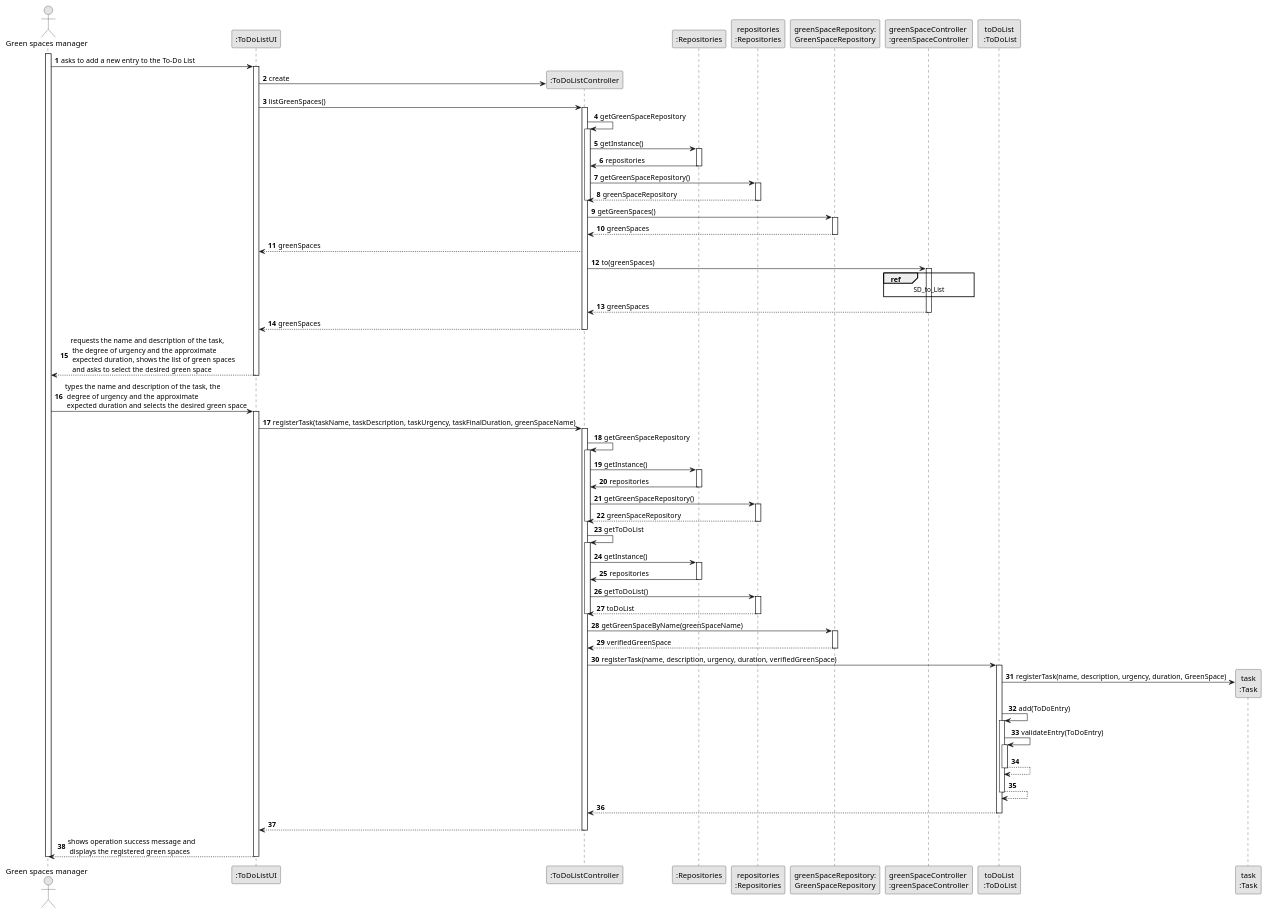
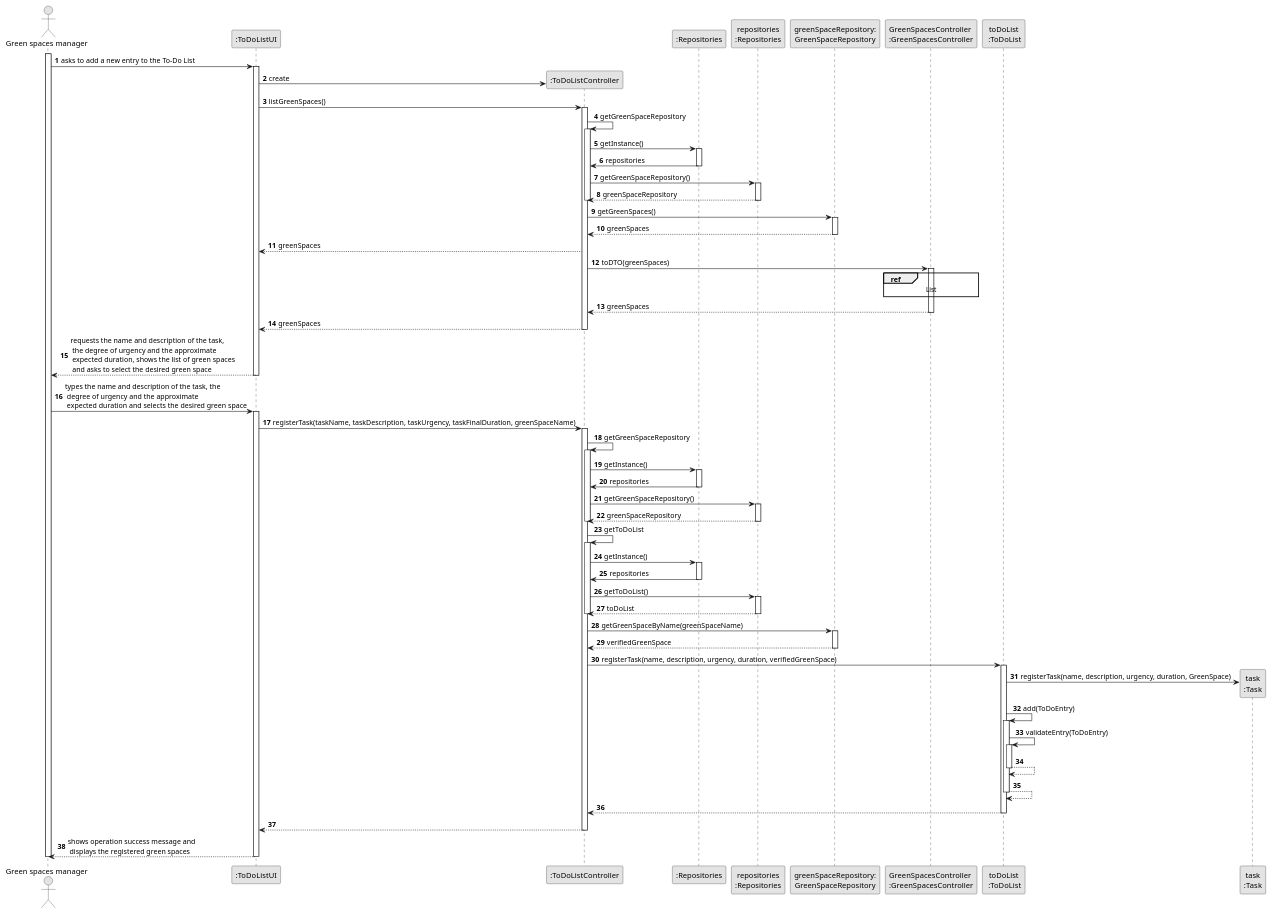
Before and after one commit to Departamento-de-Engenharia-Informatica/lei-24-s2-1dl-g121: the diagram in docs/sprintC/us021/03.design/puml/us021-sequence-diagram-full.puml, drawn with PlantUML. The commit also changed 4 other files, not shown here.

```diff
--- a/docs/sprintC/us021/03.design/puml/us021-sequence-diagram-full.puml
+++ b/docs/sprintC/us021/03.design/puml/us021-sequence-diagram-full.puml
@@ -1,144 +1,144 @@
 @startuml
 skinparam monochrome true
 skinparam packageStyle rectangle
 skinparam shadowing false
 
 autonumber
 
 'hide footbox
 actor "Green spaces manager" as ADM
 participant ":ToDoListUI" as UI
 participant ":ToDoListController" as CTRL
 participant ":Repositories" as RepositorySingleton
 participant "repositories\n:Repositories" as PLAT
 participant "greenSpaceRepository:\nGreenSpaceRepository" as GreenSpaceRepository
-participant "greenSpaceController \n:greenSpaceController" as Mapper
+participant "GreenSpacesController \n:GreenSpacesController" as Controller
 participant "toDoList\n :ToDoList" as ToDoList
 participant "task\n:Task" as Task
 
 
 activate ADM
 
     ADM -> UI : asks to add a new entry to the To-Do List
 
         activate UI
 
         UI -> CTRL** : create
         UI ->CTRL: listGreenSpaces()
                 activate CTRL
 
                 CTRL -> CTRL: getGreenSpaceRepository
                 activate CTRL
 
 
 
                  CTRL -> RepositorySingleton : getInstance()
                                         activate RepositorySingleton
 
                                         RepositorySingleton -> CTRL : repositories
                                         deactivate RepositorySingleton
 
                                         CTRL -> PLAT : getGreenSpaceRepository()
                                         activate PLAT
 
                                         PLAT --> CTRL : greenSpaceRepository
                                         deactivate PLAT
                                         deactivate CTRL
                                         CTRL-> GreenSpaceRepository: getGreenSpaces()
                                         activate GreenSpaceRepository
                                         GreenSpaceRepository --> CTRL: greenSpaces
                                         deactivate GreenSpaceRepository
                                         CTRL -->UI: greenSpaces
 
-                                        CTRL ->Mapper: to(greenSpaces)
-                                        activate Mapper
-                                        ref over Mapper
-                                            SD_to_List
+                                        CTRL ->Controller: toDTO(greenSpaces)
+                                        activate Controller
+                                        ref over Controller
+                                            List
                                         end ref
 
-                                        Mapper --> CTRL: greenSpaces
-                                        deactivate Mapper
+                                        Controller --> CTRL: greenSpaces
+                                        deactivate Controller
 
                                         CTRL --> UI: greenSpaces
                                         deactivate CTRL
 
         UI --> ADM : requests the name and description of the task,\n the degree of urgency and the approximate\n expected duration, shows the list of green spaces \n and asks to select the desired green space
 
         deactivate UI
 
     ADM -> UI : types the name and description of the task, the \n degree of urgency and the approximate\n expected duration and selects the desired green space
 
 
             activate UI
 
             UI->CTRL: registerTask(taskName, taskDescription, taskUrgency, taskFinalDuration, greenSpaceName)
             activate CTRL
             CTRL -> CTRL: getGreenSpaceRepository
                             activate CTRL
 
 
 
                              CTRL -> RepositorySingleton : getInstance()
                               activate RepositorySingleton
 
                               RepositorySingleton -> CTRL : repositories
                               deactivate RepositorySingleton
 
                               CTRL -> PLAT : getGreenSpaceRepository()
                               activate PLAT
 
                               PLAT --> CTRL : greenSpaceRepository
                               deactivate PLAT
                               deactivate CTRL
 
 
                 CTRL -> CTRL: getToDoList
                 activate CTRL
 
                  CTRL -> RepositorySingleton : getInstance()
                                         activate RepositorySingleton
 
                                         RepositorySingleton -> CTRL : repositories
                                         deactivate RepositorySingleton
 
                                         CTRL -> PLAT : getToDoList()
                                         activate PLAT
 
                                         PLAT --> CTRL : toDoList
                                         deactivate PLAT
                                         deactivate CTRL
 
                                         CTRL -> GreenSpaceRepository: getGreenSpaceByName(greenSpaceName)
                                         activate GreenSpaceRepository
 
                                         GreenSpaceRepository --> CTRL: verifiedGreenSpace
                                         deactivate GreenSpaceRepository
 
                          CTRL ->ToDoList: registerTask(name, description, urgency, duration, verifiedGreenSpace)
                                     activate ToDoList
 
                                     ToDoList -> Task**: registerTask(name, description, urgency, duration, GreenSpace)
                                     ToDoList ->ToDoList:add(ToDoEntry)
                                     activate ToDoList
                                     ToDoList ->ToDoList: validateEntry(ToDoEntry)
                                     activate ToDoList
                                     ToDoList -->ToDoList
                                     deactivate ToDoList
                                     ToDoList -->ToDoList
                                     deactivate ToDoList
 
                                     ToDoList -->CTRL
                                     deactivate ToDoList
 
 
         CTRL --> UI
 
             deactivate CTRL
 
         UI --> ADM : shows operation success message and\n displays the registered green spaces
 
     deactivate UI
 
 deactivate ADM
 
 @enduml
```
